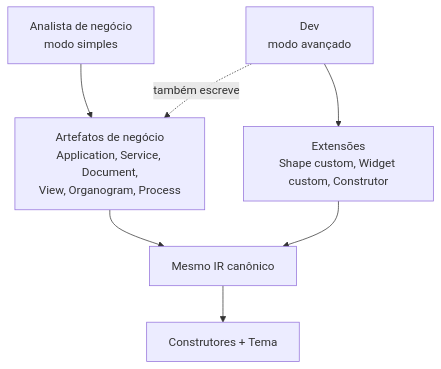
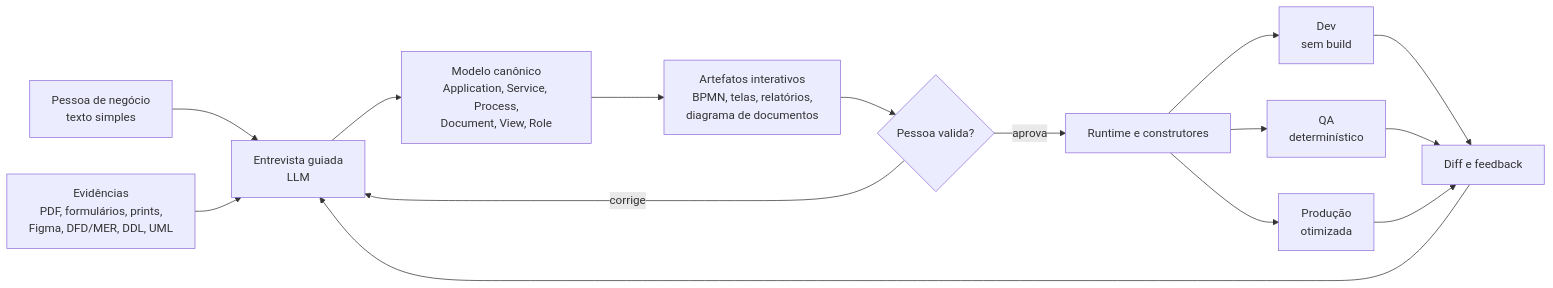
Before and after one commit to teintinu/bpcms: the second of 9 diagrams in BRAINSTORM.md, drawn with Mermaid. The commit also changed other lines of this file, not shown here.

````diff
--- a/BRAINSTORM.md
+++ b/BRAINSTORM.md
@@ -68,14 +244,17 @@
 ```mermaid
-flowchart TD
-  AN["Analista de negócio<br/>modo simples"]
-  DEV["Dev<br/>modo avançado"]
-  DSLA["Artefatos de negócio<br/>Application, Service, Document,<br/>View, Organogram, Process"]
-  DSLB["Extensões<br/>Shape custom, Widget custom, Construtor"]
-  IRX["Mesmo IR canônico"]
-  OUT["Construtores + Tema"]
-
-  AN --> DSLA --> IRX
-  DEV --> DSLB --> IRX
-  DEV -.->|também escreve| DSLA
-  IRX --> OUT
+flowchart LR
+  P["Pessoa de negócio<br/>texto simples"] --> E["Entrevista guiada<br/>LLM"]
+  V["Evidências<br/>PDF, formulários, prints,<br/>Figma, DFD/MER, DDL, UML"] --> E
+  E --> M["Modelo canônico<br/>Application, Service, Process,<br/>Document, View, Role"]
+  M --> A["Artefatos interativos<br/>BPMN, telas, relatórios,<br/>diagrama de documentos"]
+  A --> H{"Pessoa valida?"}
+  H -->|"corrige"| E
+  H -->|"aprova"| R["Runtime e construtores"]
+  R --> D["Dev<br/>sem build"]
+  R --> Q["QA<br/>determinístico"]
+  R --> PR["Produção<br/>otimizada"]
+  D --> F["Diff e feedback"]
+  Q --> F
+  PR --> F
+  F --> E
 ```
````
